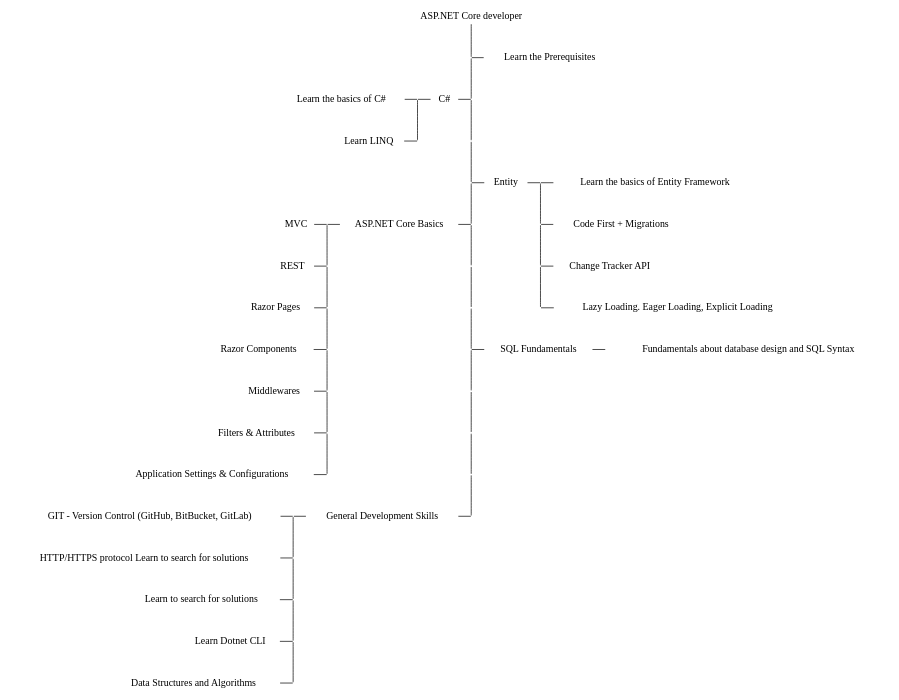
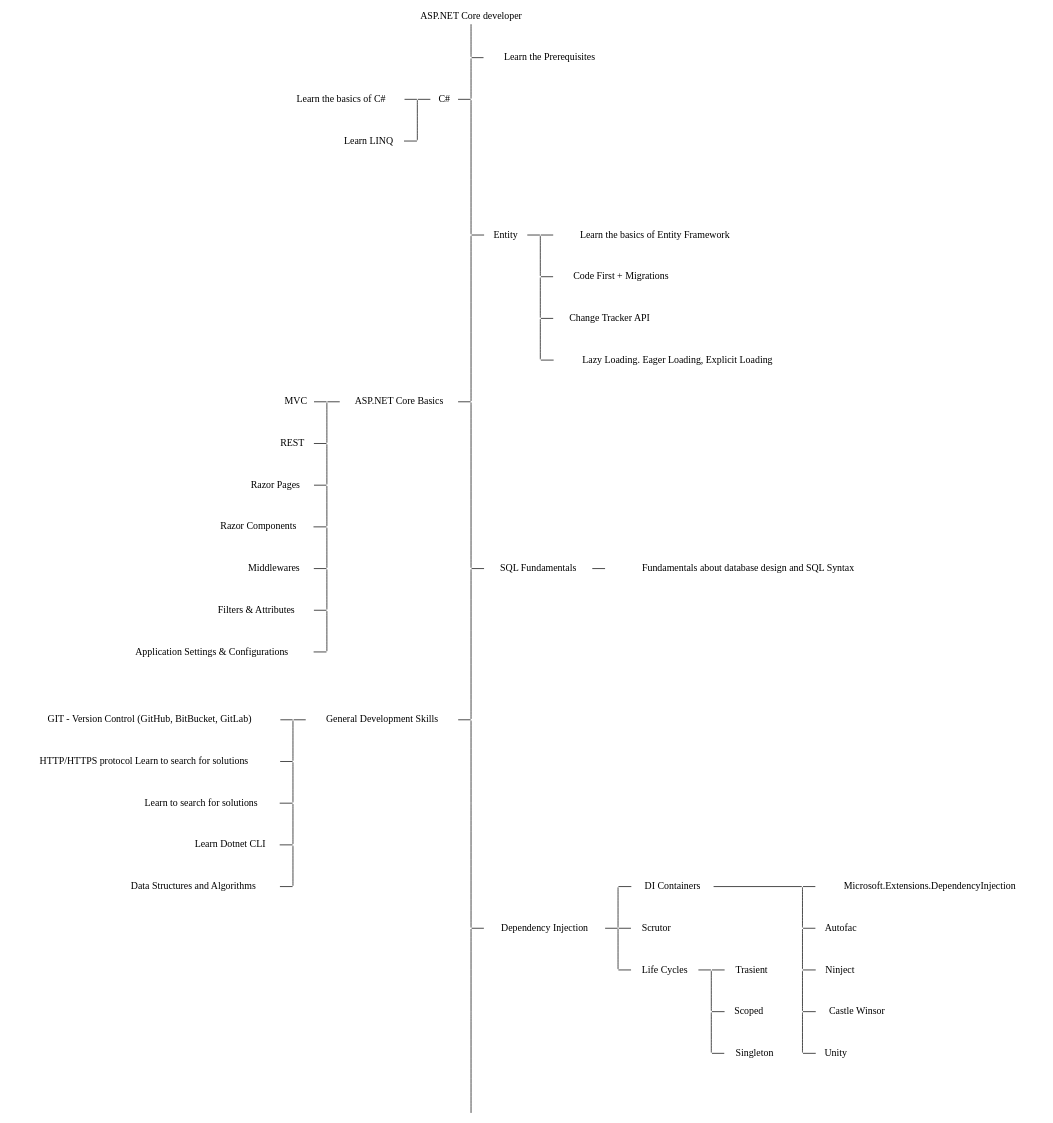
Before and after one commit to RachaneeSaeng/cheatsheets: the diagram in .net-core-developer-roadmap.dot, drawn with Graphviz.

Commit message:
Add DI skill

```diff
--- a/.net-core-developer-roadmap.dot
+++ b/.net-core-developer-roadmap.dot
@@ -1,96 +1,144 @@
 digraph learning_roadmap {
     node[shape=none, width=0, height=0, label=""];
     edge[dir=none];
 
     subgraph main_group {
-        main1 [label = "ASP.NET Core developer"]
+        main0 [label = "ASP.NET Core developer"]
         prerequisites [label = "Learn the Prerequisites"]
 
-        main1 -> main2 -> main3 -> main4 -> main5
-        main5 -> main6 -> main7 -> main8 -> main9;
-        main9 -> main10 -> main11 -> main12 -> main13;
+        main0 -> main1 
+        main1 -> main2 
+        main2 -> main3 [minlen=4] 
+        main3 -> main4 [minlen=4] 
+        main4 -> main5 [minlen=4] 
+
+        main5 -> main6 [minlen=4]
+        main6 -> main7 [minlen=5]
+        main7 -> main8 [minlen=5]
         
-        {rank=same; main2 -> prerequisites}
-        {rank=same; cs -> main3}
-        {rank=same;  main5 -> ef}
-        {rank=same;  asp -> main6}
-        {rank=same;  main9 -> sql}
-        {rank=same;  general_skill -> main13}
+        {rank=same; main1 -> prerequisites}
+        {rank=same; cs -> main2}
+        {rank=same;  main3 -> ef}
+
+        {rank=same;  asp -> main4}
+        {rank=same;  main5 -> sql}
+        {rank=same;  general_skill -> main6}
+        {rank=same;  main7-> di}
     }
 
     subgraph cs_group {
         cs [label = "C#"]
         cs_basic [label = "Learn the basics of C#"]
         linq [label = "Learn LINQ"]
 
         cs1 -> cs2 
         {rank=same; cs1 ->  cs}
         {rank=same; cs_basic ->  cs1}
         {rank=same; linq -> cs2}
     }
 
     subgraph ef_group {
         ef [label = "Entity"]
 
         ef_basic [label = "Learn the basics of Entity Framework"]
         ef_code_first [label = "Code First + Migrations"]
         ef_tracking [label = "Change Tracker API"]
         ef_loading [label = "Lazy Loading. Eager Loading, Explicit Loading"]
 
         ef1 -> ef2 -> ef3 -> ef4 
         {rank=same; ef -> ef1}
         {rank=same; ef1 ->  ef_basic}
         {rank=same; ef2 ->  ef_code_first}
         {rank=same; ef3 -> ef_tracking}
         {rank=same; ef4 -> ef_loading}
     }
 
     subgraph asp_group {
         asp [label="ASP.NET Core Basics"]
 
         mvc [label="MVC"]
         rest [label="REST "]
         razor_page [label="Razor Pages "]
         razor_component [label="Razor Components "]
         middlewares [label="Middlewares "]
         filter [label="Filters & Attributes "]
         setting [label="Application Settings & Configurations"]
 
         asp1 -> asp2 -> asp3 -> asp4 -> asp5 -> asp6 -> asp7
 
         {rank=same; asp1 -> asp}
         {rank=same; mvc -> asp1}
         {rank=same; rest -> asp2}
         {rank=same; razor_page ->  asp3}
         {rank=same; razor_component -> asp4}
         {rank=same; middlewares -> asp5}
         {rank=same; filter -> asp6}
         {rank=same; setting -> asp7}
     }
 
     subgraph sql_group {
         sql [label="SQL Fundamentals"]
         sql_basic [label="Fundamentals about database design and SQL Syntax"]
 
         {rank=same; sql -> sql_basic}
     }
 
     subgraph general_skill_group {
         general_skill [label="General Development Skills"]
         git [label="GIT - Version Control (GitHub, BitBucket, GitLab)"]
         http [label="HTTP/HTTPS protocol Learn to search for solutions"]
         search [label="Learn to search for solutions"]
         dotnet_cli [label="Learn Dotnet CLI"]
         data_structure [label="Data Structures and Algorithms"]
 
-
         general1 -> general2 -> general3 -> general4 -> general5
 
         {rank=same; general1 -> general_skill}
         {rank=same; git -> general1}
         {rank=same; http -> general2}
         {rank=same; search -> general3}
         {rank=same; dotnet_cli -> general4}
         {rank=same; data_structure -> general5}
     }  
+
+    subgraph diGroup{
+        di [label="Dependency Injection"]
+        di_containers [label="DI Containers"]
+        scrutor [label="Scrutor"]
+        life_cycles [label="Life Cycles"]
+
+        di1 -> di2 -> di3 
+        {rank=same; di -> di2}
+        {rank=same; di1 -> di_containers}
+        {rank=same; di2 -> scrutor}
+        {rank=same; di3 -> life_cycles}
+
+        # DI Frameworks
+        ms_di [label="Microsoft.Extensions.DependencyInjection"]
+        autofac [label="Autofac"]
+        ninject [label="Ninject"]
+        castle_winsor [label="Castle Winsor"]
+        unity [label="Unity"]
+
+        di_container1 -> di_container2 -> di_container3 ->di_container4 -> di_container5
+
+        {rank=same; di_containers -> di_container1 [minlen=7] }
+        {rank=same; di_container1 -> ms_di}
+        {rank=same; di_container2 -> autofac}
+        {rank=same; di_container3 -> ninject}
+        {rank=same; di_container4 -> castle_winsor}
+        {rank=same; di_container5 -> unity}
+
+        # Scope
+        trasient [label="Trasient"]
+        scoped [label="Scoped"]
+        singleton [label="Singleton"]
+
+        life_cycle1 -> life_cycle2 -> life_cycle3
+
+        {rank=same; life_cycles -> life_cycle1}
+        {rank=same; life_cycle1 -> trasient}
+        {rank=same; life_cycle2 -> scoped}
+        {rank=same; life_cycle3 -> singleton}
+    }
 }
```
